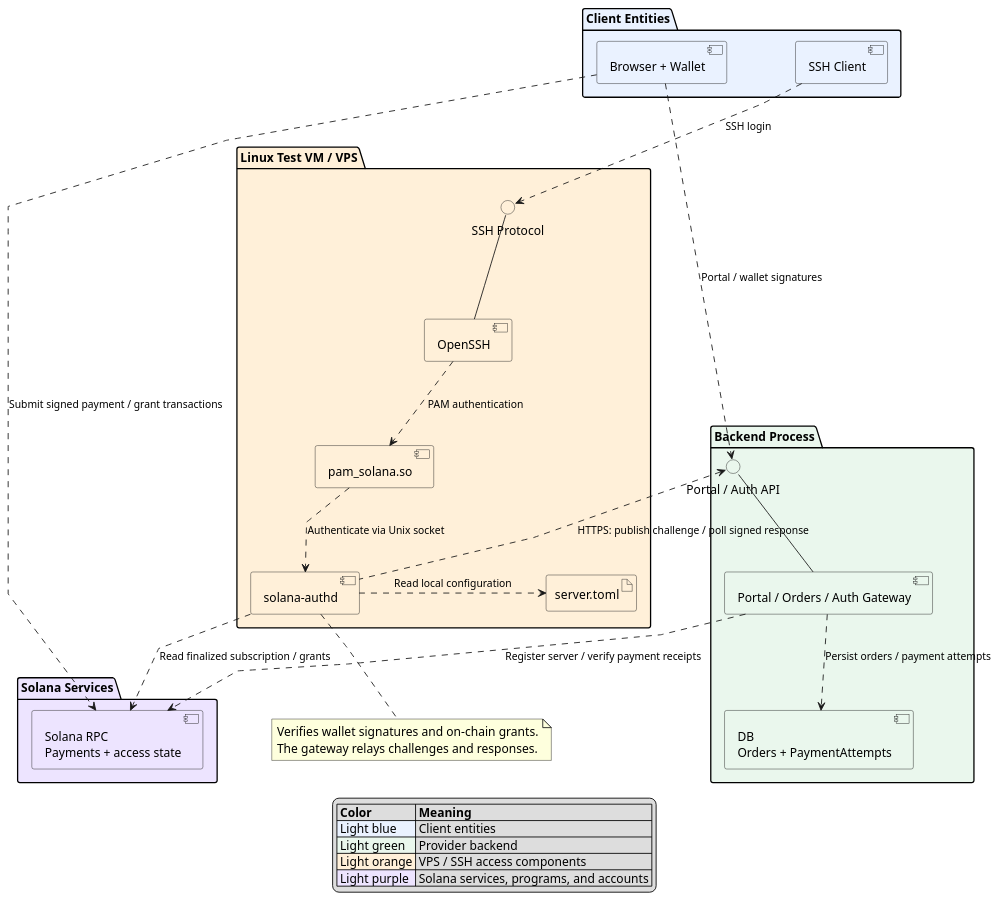
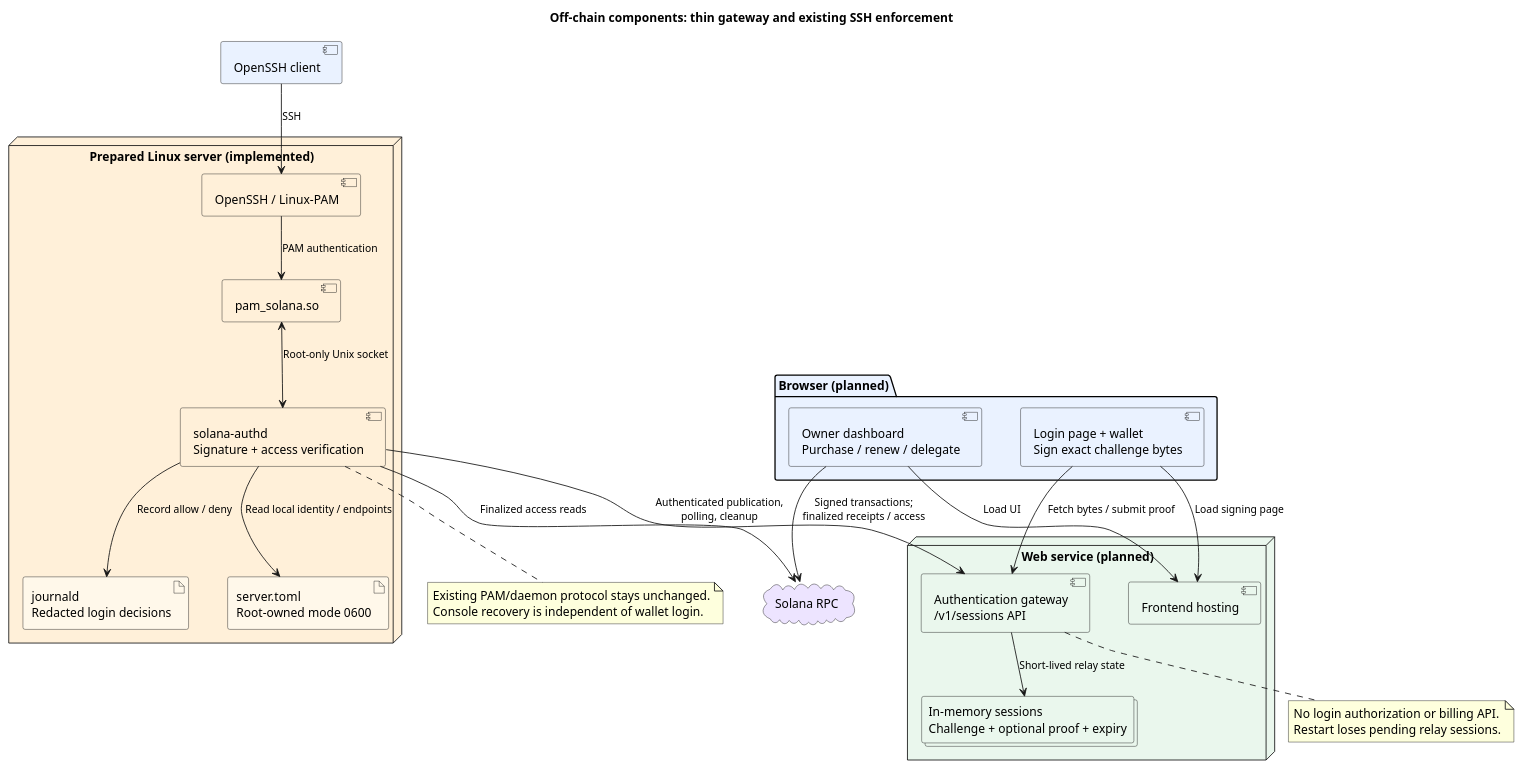
Before and after one commit to Tarat0r/solana-vps-platform: the diagram in docs/diagrams/off-chain-components.puml, drawn with PlantUML. The commit also changed 20 other files, not shown here.

Commit message:
docs: describe the reduced architecture and implemented components

```diff
--- a/docs/diagrams/off-chain-components.puml
+++ b/docs/diagrams/off-chain-components.puml
@@ -1,59 +1,52 @@
 @startuml
-top to bottom direction
-skinparam componentStyle uml2
-skinparam shadowing false
 skinparam defaultFontName SansSerif
 skinparam defaultFontSize 14
-skinparam nodesep 80
-skinparam ranksep 80
-skinparam linetype polyline
 skinparam ArrowFontSize 12
+skinparam shadowing false
+skinparam nodesep 45
+skinparam ranksep 55
+title Off-chain components: thin gateway and existing SSH enforcement
+top to bottom direction
 
-package "Client Entities" #EAF2FF {
-  component "Browser + Wallet" as Browser #EAF2FF
-  component "SSH Client" as SSH #EAF2FF
-  Browser -[hidden]right-> SSH
+package "Browser (planned)" #EAF2FF {
+  component "Owner dashboard\nPurchase / renew / delegate" as Dashboard #EAF2FF
+  component "Login page + wallet\nSign exact challenge bytes" as Wallet #EAF2FF
 }
-package "Backend Process" #EAF7ED {
-  interface "Portal / Auth API" as WebAPI #EAF7ED
-  component "Portal / Orders / Auth Gateway" as Backend #EAF7ED
-  component "DB\nOrders + PaymentAttempts" as DB #EAF7ED
+component "OpenSSH client" as Client #EAF2FF
+
+node "Web service (planned)" #EAF7ED {
+  component "Frontend hosting" as Frontend #EAF7ED
+  component "Authentication gateway\n/v1/sessions API" as Gateway #EAF7ED
+  collections "In-memory sessions\nChallenge + optional proof + expiry" as Sessions #EAF7ED
 }
-package "Linux Test VM / VPS" #FFF0D9 {
-  interface "SSH Protocol" as SSHAPI #FFF0D9
-  component "OpenSSH" as SSHD #FFF0D9
+node "Prepared Linux server (implemented)" #FFF0D9 {
+  component "OpenSSH / Linux-PAM" as SSHD #FFF0D9
   component "pam_solana.so" as PAM #FFF0D9
-  component "solana-authd" as AuthD #FFF0D9
-  artifact "server.toml" as Config #FFF0D9
+  component "solana-authd\nSignature + access verification" as AuthD #FFF0D9
+  artifact "server.toml\nRoot-owned mode 0600" as Config #FFF8EA
+  artifact "journald\nRedacted login decisions" as Audit #FFF8EA
 }
-package "Solana Services" #EDE4FF {
-  component "Solana RPC\nPayments + access state" as RPC #EDE4FF
-}
+cloud "Solana RPC" as RPC #EDE4FF
 
-Browser -[dashed]down-> WebAPI : Portal / wallet signatures
-Backend -up- WebAPI
-WebAPI -[hidden]right-> AuthD
-SSH -[dashed]down-> SSHAPI : SSH login
-SSHD -up- SSHAPI
-Backend -[dashed]down-> DB : Persist orders / payment attempts
-SSHD -[dashed]down-> PAM : PAM authentication
-PAM -[dashed]down-> AuthD : Authenticate via Unix socket
-AuthD -[dashed]right-> Config : Read local configuration
-AuthD -[dashed,norank]left-> WebAPI : HTTPS: publish challenge / poll signed response
-Browser -[dashed]down--> RPC : Submit signed payment / grant transactions
-Backend -[dashed]down-> RPC : Register server / verify payment receipts
-AuthD -[dashed]down-> RPC : Read finalized subscription / grants
+Dashboard --> Frontend : Load UI
+Wallet --> Frontend : Load signing page
+Wallet --> Gateway : Fetch bytes / submit proof
+Gateway --> Sessions : Short-lived relay state
+Client --> SSHD : SSH
+SSHD --> PAM : PAM authentication
+PAM <--> AuthD : Root-only Unix socket
+AuthD --> Config : Read local identity / endpoints
+AuthD --> Audit : Record allow / deny
+AuthD --> Gateway : Authenticated publication,\npolling, cleanup
+AuthD --> RPC : Finalized access reads
+Dashboard --> RPC : Signed transactions;\nfinalized receipts / access
 
+note bottom of Gateway
+  No login authorization or billing API.
+  Restart loses pending relay sessions.
+end note
 note bottom of AuthD
-  Verifies wallet signatures and on-chain grants.
-  The gateway relays challenges and responses.
+  Existing PAM/daemon protocol stays unchanged.
+  Console recovery is independent of wallet login.
 end note
-
-legend bottom
-  |= Color |= Meaning |
-  |<#EAF2FF> Light blue | Client entities |
-  |<#EAF7ED> Light green | Provider backend |
-  |<#FFF0D9> Light orange | VPS / SSH access components |
-  |<#EDE4FF> Light purple | Solana services, programs, and accounts |
-endlegend
 @enduml
```
